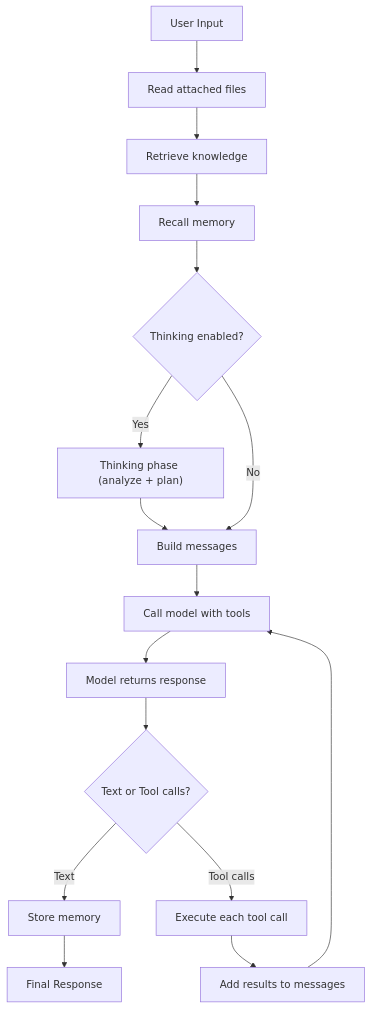
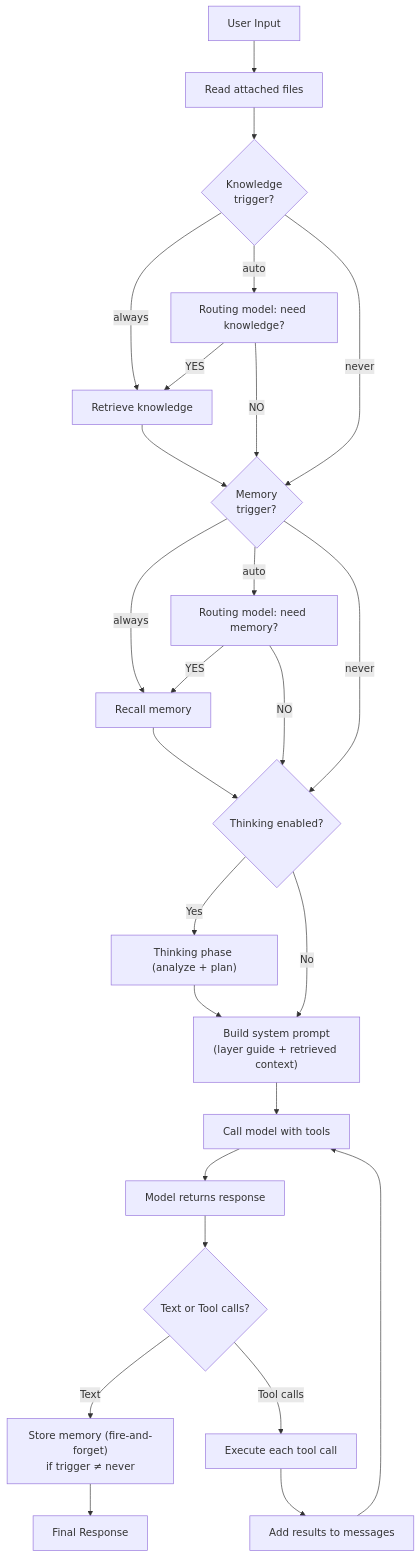
The diagram in definable/docs/agents/overview.mdx (definableai/definable.ai), drawn with Mermaid before and after one commit. The commit also changed other lines of this file and 153 other files, not shown here.

````diff
--- a/definable/docs/agents/overview.mdx
+++ b/definable/docs/agents/overview.mdx
@@ -14,18 +14,28 @@
 ```mermaid
 flowchart TD
   UserInput["User Input"] --> ReadFiles["Read attached files"]
-  ReadFiles --> RetrieveKnowledge["Retrieve knowledge"]
-  RetrieveKnowledge --> RecallMemory["Recall memory"]
-  RecallMemory --> ThinkingPhase{"Thinking enabled?"}
-  ThinkingPhase -->|Yes| Think["Thinking phase (analyze + plan)"]
-  Think --> BuildMsgs["Build messages"]
+  ReadFiles --> KC{"Knowledge\ntrigger?"}
+  KC -->|always| RetrieveKnowledge["Retrieve knowledge"]
+  KC -->|auto| KCGate["Routing model: need knowledge?"]
+  KC -->|never| MC
+  KCGate -->|YES| RetrieveKnowledge
+  KCGate -->|NO| MC
+  RetrieveKnowledge --> MC{"Memory\ntrigger?"}
+  MC -->|always| RecallMemory["Recall memory"]
+  MC -->|auto| MCGate["Routing model: need memory?"]
+  MC -->|never| ThinkingPhase
+  MCGate -->|YES| RecallMemory
+  MCGate -->|NO| ThinkingPhase
+  RecallMemory --> ThinkingPhase
+  ThinkingPhase{"Thinking enabled?"} -->|Yes| Think["Thinking phase (analyze + plan)"]
+  Think --> BuildMsgs["Build system prompt\n(layer guide + retrieved context)"]
   ThinkingPhase -->|No| BuildMsgs
   BuildMsgs --> CallModel["Call model with tools"]
   CallModel --> ModelResp["Model returns response"]
   ModelResp --> Decision{Text or Tool calls?}
-  Decision -->|Text| StoreMemory["Store memory"]
+  Decision -->|Text| StoreMemory["Store memory (fire-and-forget)\nif trigger ≠ never"]
   StoreMemory --> FinalResp["Final Response"]
   Decision -->|Tool calls| ExecTools["Execute each tool call"]
   ExecTools --> AddResults["Add results to messages"]
   AddResults --> CallModel
 ```
````
